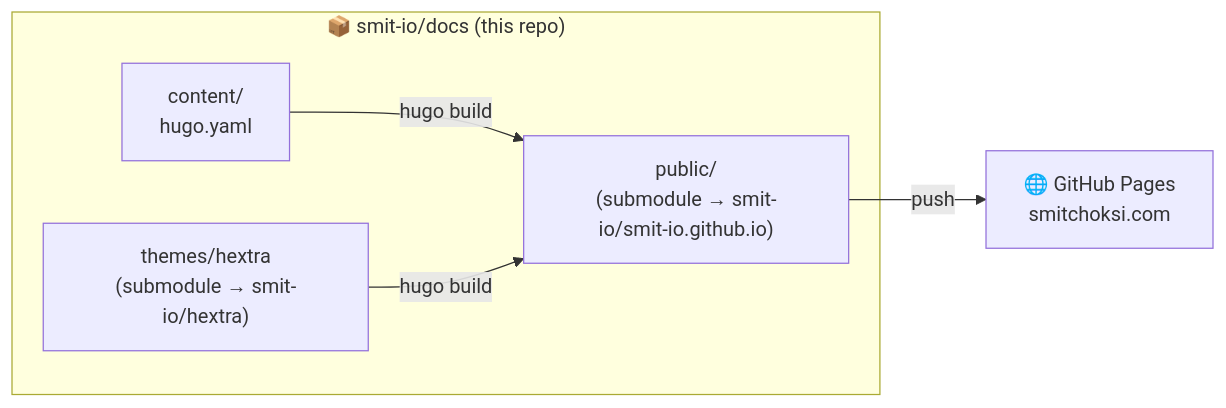
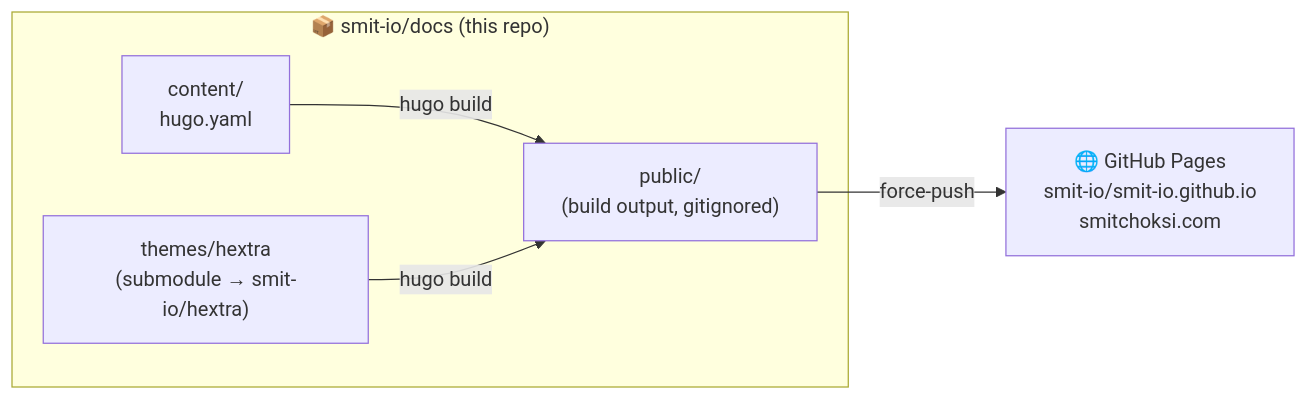
Before and after one commit to smit-io/docs: the diagram in readme.md, drawn with Mermaid. The commit also changed other lines of this file and 6 other files, not shown here.

First line of the commit message:
remove public submodule; publish via force-push in workflow

````diff
--- a/readme.md
+++ b/readme.md
@@ -21,11 +22,11 @@
 ```mermaid
 flowchart LR
     subgraph docs["📦 smit-io/docs (this repo)"]
         C["content/<br/>hugo.yaml"]
         T["themes/hextra<br/>(submodule → smit-io/hextra)"]
-        P["public/<br/>(submodule → smit-io/smit-io.github.io)"]
+        P["public/<br/>(build output, gitignored)"]
     end
     C -->|hugo build| P
     T -->|hugo build| P
-    P -->|push| GH["🌐 GitHub Pages<br/>smitchoksi.com"]
+    P -->|force-push| GH["🌐 GitHub Pages<br/>smit-io/smit-io.github.io<br/>smitchoksi.com"]
 ```
````
